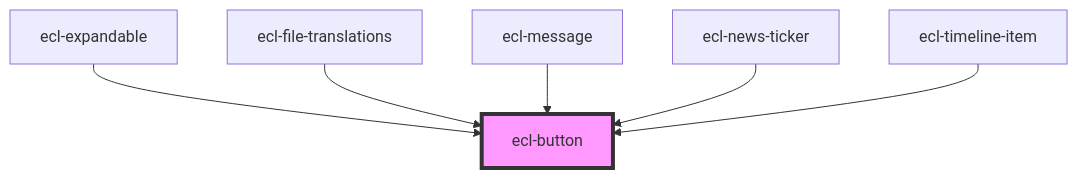
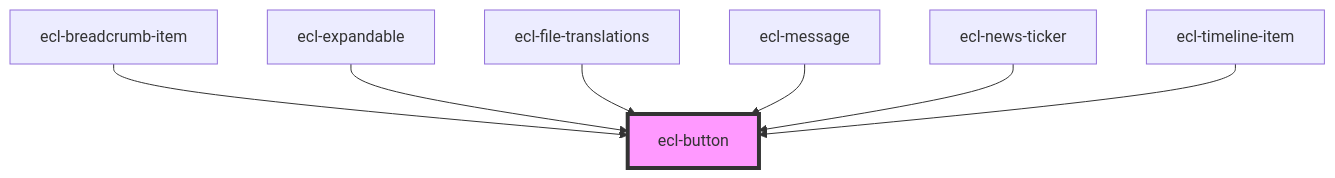
One commit to ec-europa/ecl-webcomponents changed the diagram in src/components/ecl-button/readme.md. Above: the diagram before and after it, drawn with Mermaid. The commit also changed other lines of this file and 15 other files, not shown here.

````diff
--- a/src/components/ecl-button/readme.md
+++ b/src/components/ecl-button/readme.md
@@ -26,9 +27,10 @@
 ```mermaid
 graph TD;
+  ecl-breadcrumb-item --> ecl-button
   ecl-expandable --> ecl-button
   ecl-file-translations --> ecl-button
   ecl-message --> ecl-button
   ecl-news-ticker --> ecl-button
   ecl-timeline-item --> ecl-button
   style ecl-button fill:#f9f,stroke:#333,stroke-width:4px
 ```
````
